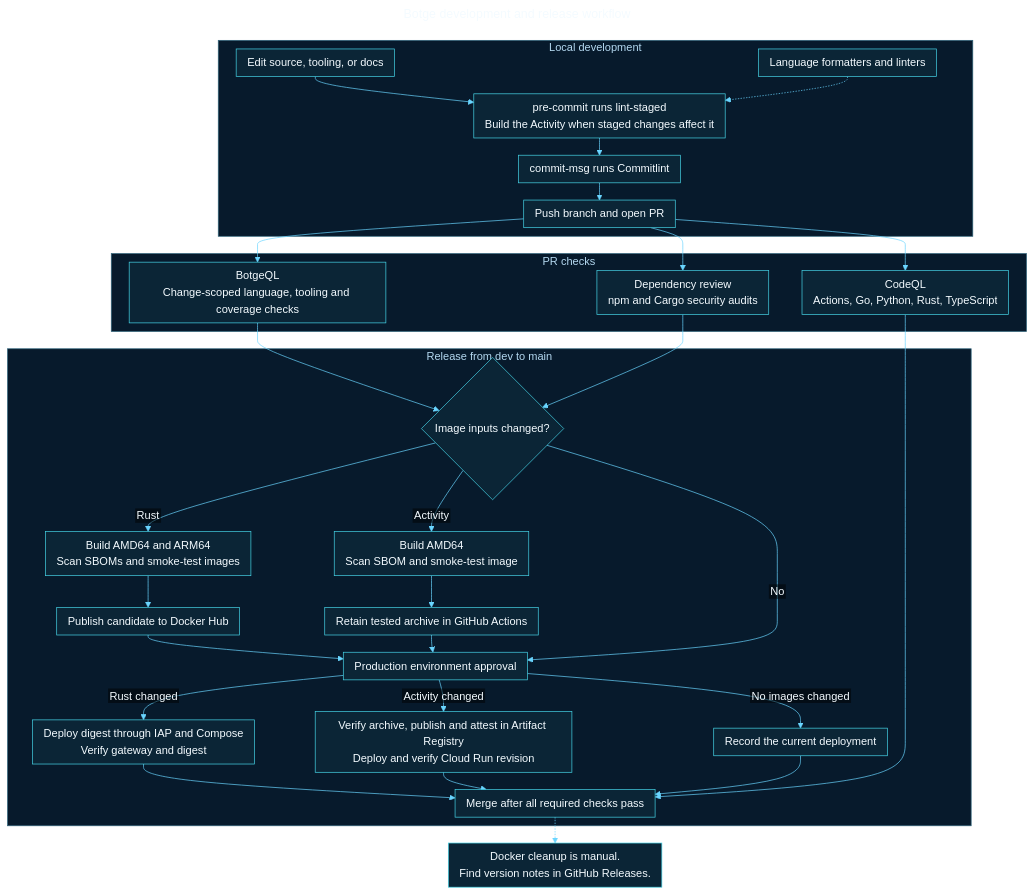
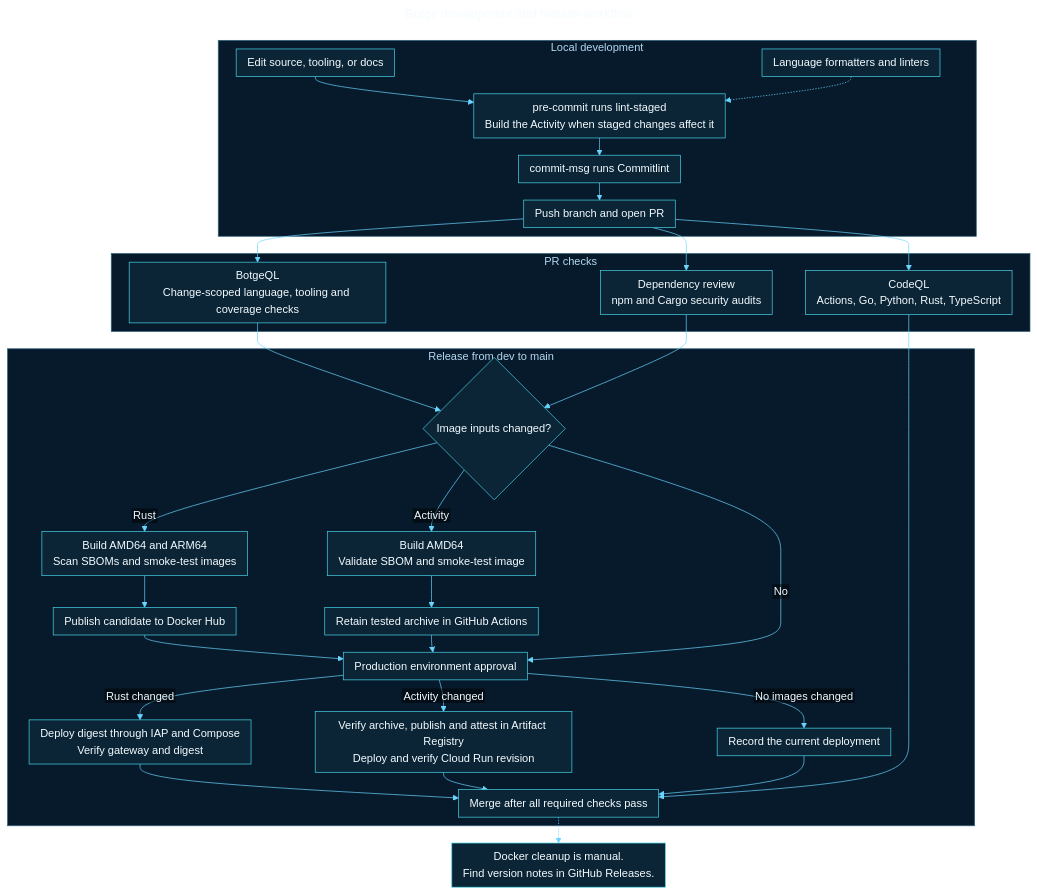
Before and after one commit to MrewyOrg/Botge: the diagram in docs/diagrams/development-workflow.mmd, drawn with Mermaid. The commit also changed 3 other files, not shown here.

Commit message:
fix(ci): skip Docker Scout for the Activity image

```diff
--- a/docs/diagrams/development-workflow.mmd
+++ b/docs/diagrams/development-workflow.mmd
@@ -1,48 +1,48 @@
 ---
 title: Botge development and release workflow
 config:
   theme: base
   fontFamily: "Arial, sans-serif"
   markdownAutoWrap: false
   flowchart:
     htmlLabels: false
     wrappingWidth: 340
     nodeSpacing: 32
     rankSpacing: 25
     padding: 8
   themeVariables:
     darkMode: true
     background: "#041221"
     primaryColor: "#0b2536"
     primaryBorderColor: "#46d4e7"
     primaryTextColor: "#f4fbff"
     clusterBkg: "#071a2c"
     clusterBorder: "#30657c"
     textColor: "#f4fbff"
     lineColor: "#6ad5ff"
     fontFamily: "Arial, sans-serif"
 ---
 flowchart TB
     subgraph local[Local development]
         edit["Edit source, tooling, or docs"] --> staged["pre-commit runs lint-staged<br/>Build the Activity when staged changes affect it"]
         staged --> message["commit-msg runs Commitlint"] --> pr["Push branch and open PR"]
         tools["Language formatters and linters"] -.-> staged
     end
     subgraph checks[PR checks]
         quality["BotgeQL<br/>Change-scoped language, tooling and coverage checks"]
         codeql["CodeQL<br/>Actions, Go, Python, Rust, TypeScript"]
         deps["Dependency review<br/>npm and Cargo security audits"]
     end
     subgraph release[Release from dev to main]
         changed{"Image inputs changed?"}
         changed -->|Rust| rust["Build AMD64 and ARM64<br/>Scan SBOMs and smoke-test images"] --> hub["Publish candidate to Docker Hub"] --> approval
-        changed -->|Activity| go["Build AMD64<br/>Scan SBOM and smoke-test image"] --> artifact["Retain tested archive in GitHub Actions"] --> approval
+        changed -->|Activity| go["Build AMD64<br/>Validate SBOM and smoke-test image"] --> artifact["Retain tested archive in GitHub Actions"] --> approval
         changed -->|No| approval["Production environment approval"]
         approval -->|Rust changed| vm["Deploy digest through IAP and Compose<br/>Verify gateway and digest"] --> merge
         approval -->|Activity changed| run["Verify archive, publish and attest in Artifact Registry<br/>Deploy and verify Cloud Run revision"] --> merge
         approval -->|No images changed| record["Record the current deployment"] --> merge["Merge after all required checks pass"]
     end
     pr --> quality & codeql & deps
     quality & deps --> changed
     codeql --> merge
     merge -.-> note["Docker cleanup is manual.<br/>Find version notes in GitHub Releases."]
```
